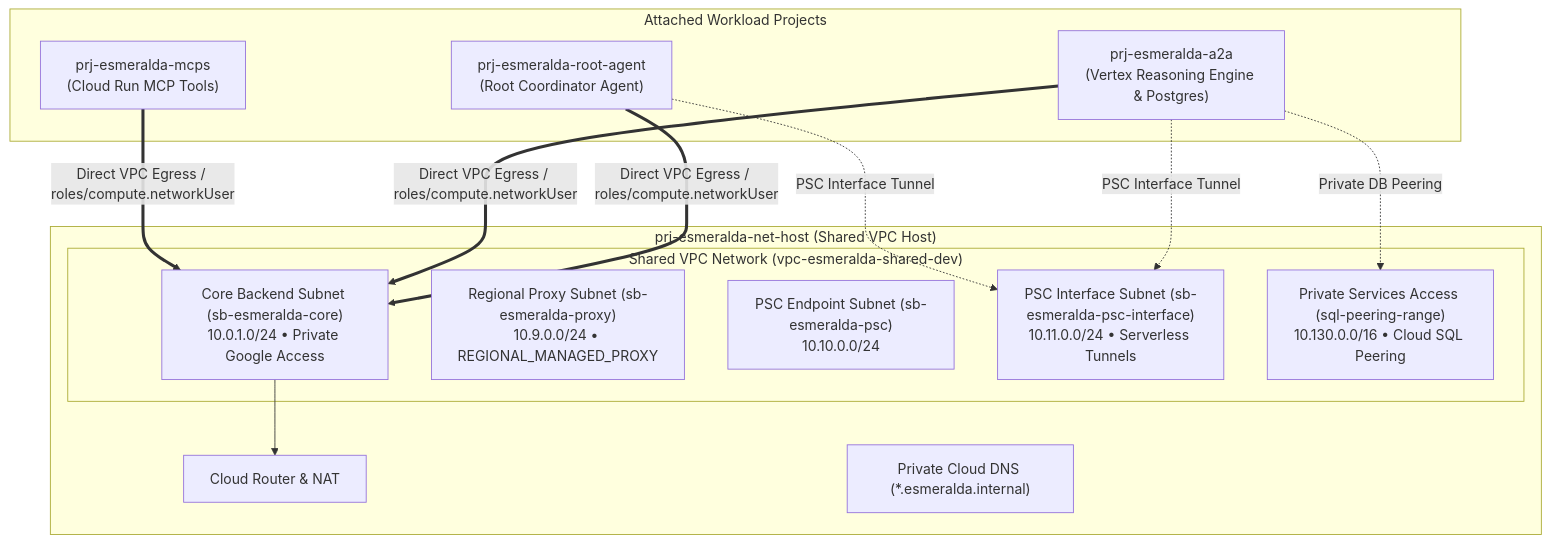
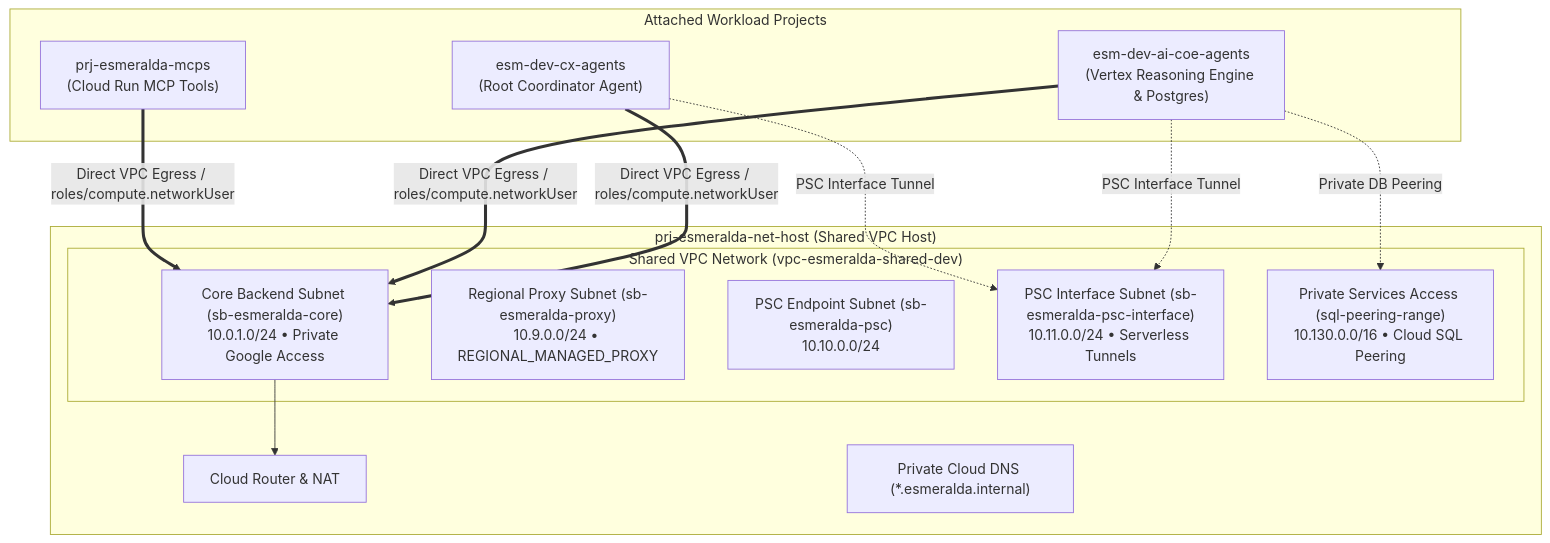
Before and after one commit to google/esmeralda: the diagram in docs/1-platform-foundations/02-private-networking.md, drawn with Mermaid. The commit also changed other lines of this file and 184 other files, not shown here.

First line of the commit message:
refactor: name agents and agent projects after their owning team

````diff
--- a/docs/1-platform-foundations/02-private-networking.md
+++ b/docs/1-platform-foundations/02-private-networking.md
@@ -47,26 +47,26 @@
 ```mermaid
 flowchart TD
     subgraph HostProject["prj-esmeralda-net-host (Shared VPC Host)"]
         subgraph VPC["Shared VPC Network (vpc-esmeralda-shared-dev)"]
             SubnetCore["Core Backend Subnet (sb-esmeralda-core)<br/>10.0.1.0/24 • Private Google Access"]
             SubnetProxy["Regional Proxy Subnet (sb-esmeralda-proxy)<br/>10.9.0.0/24 • REGIONAL_MANAGED_PROXY"]
             SubnetPSC["PSC Endpoint Subnet (sb-esmeralda-psc)<br/>10.10.0.0/24"]
             SubnetPSCI["PSC Interface Subnet (sb-esmeralda-psc-interface)<br/>10.11.0.0/24 • Serverless Tunnels"]
             PSA["Private Services Access (sql-peering-range)<br/>10.130.0.0/16 • Cloud SQL Peering"]
         end
         
         Router["Cloud Router & NAT"]
         DNS["Private Cloud DNS (*.esmeralda.internal)"]
     end
 
     subgraph ServiceProjects["Attached Workload Projects"]
         P_MCP["prj-esmeralda-mcps<br/>(Cloud Run MCP Tools)"]
-        P_A2A["prj-esmeralda-a2a<br/>(Vertex Reasoning Engine & Postgres)"]
-        P_Root["prj-esmeralda-root-agent<br/>(Root Coordinator Agent)"]
+        P_A2A["esm-dev-ai-coe-agents<br/>(Vertex Reasoning Engine & Postgres)"]
+        P_Root["esm-dev-cx-agents<br/>(Root Coordinator Agent)"]
     end
 
     P_MCP & P_A2A & P_Root ==>|Direct VPC Egress / roles/compute.networkUser| SubnetCore
     P_A2A -.->|Private DB Peering| PSA
     P_Root & P_A2A -.->|PSC Interface Tunnel| SubnetPSCI
     SubnetCore --> Router
 ```
````
